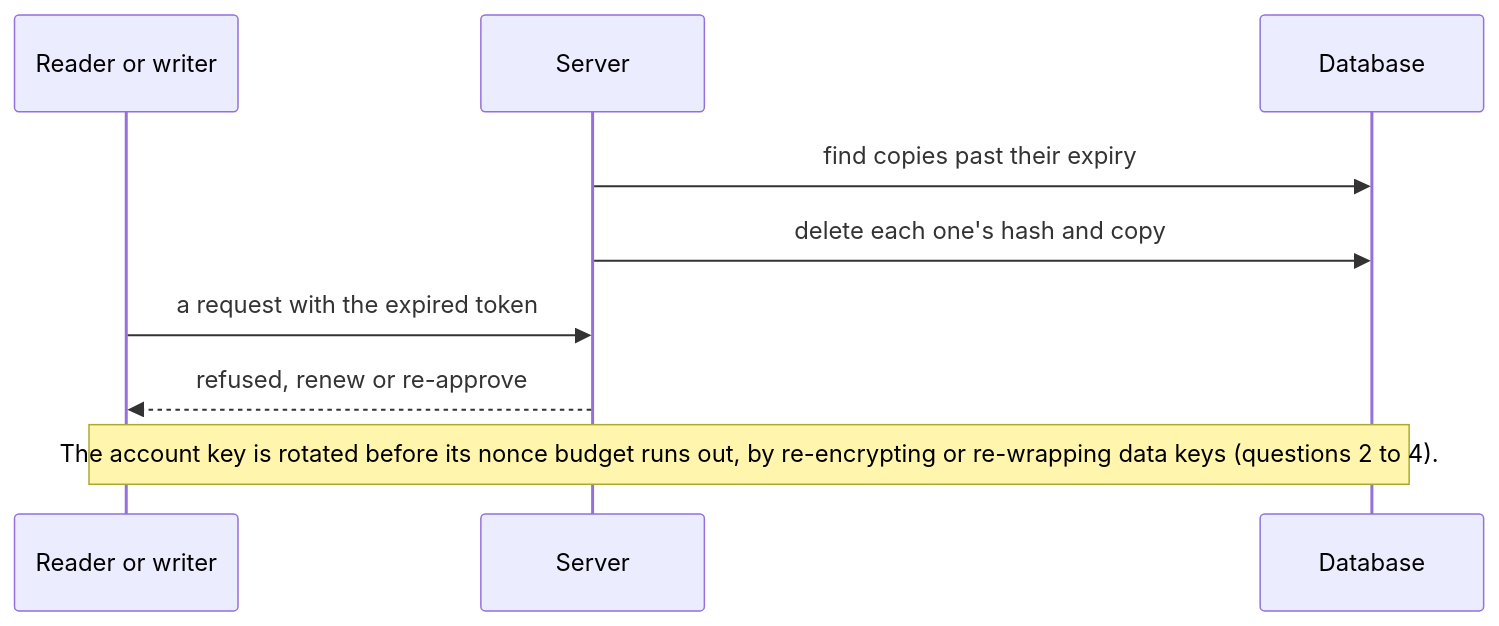
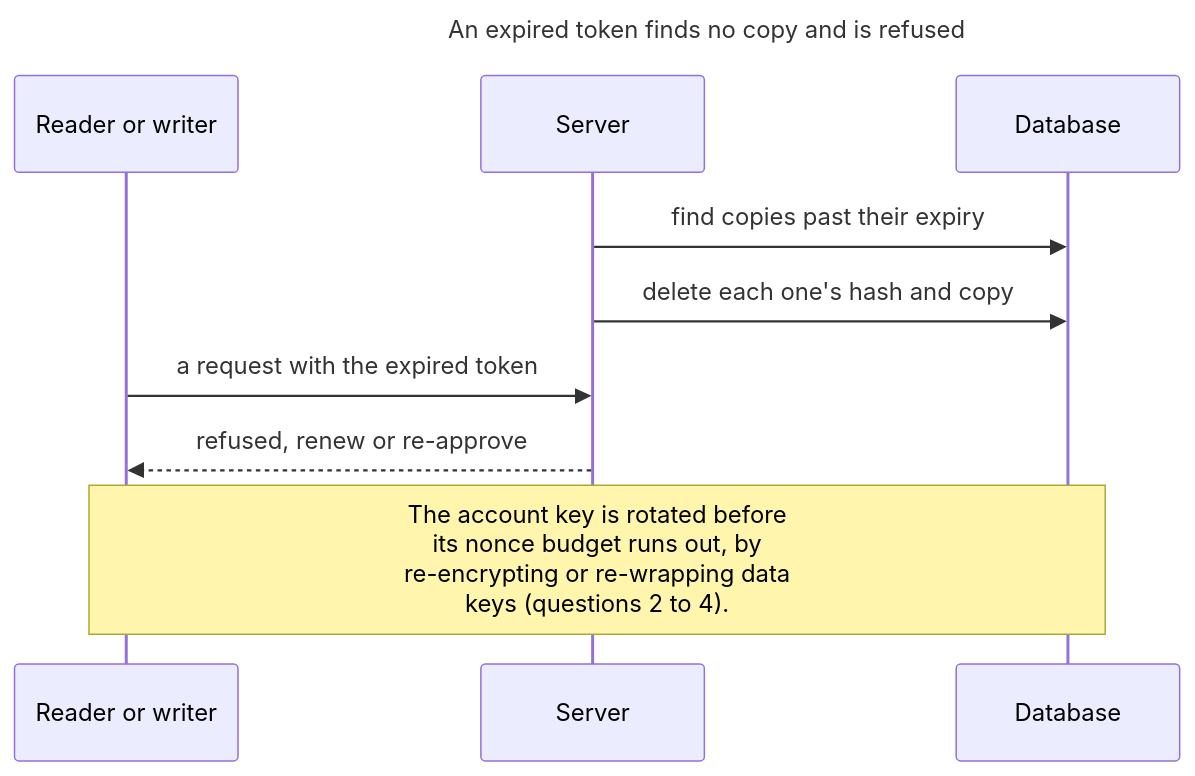
One commit to ajs-consult-llc/mirror-encryption-rfc changed the diagram in diagrams/expire-3-parties.mmd. Above: the diagram before and after it, drawn with Mermaid. The commit also changed 23 other files, not shown here.

First line of the commit message:
Diagrams that read: titles, short lines, vertical layouts

```diff
--- a/diagrams/expire-3-parties.mmd
+++ b/diagrams/expire-3-parties.mmd
@@ -1,11 +1,14 @@
+---
+title: "An expired token finds no copy and is refused"
+---
 sequenceDiagram
   accTitle: An expired token finds no copy and is refused
   accDescr: Expire. The server finds copies past their expiry in the database and deletes each one's hash and copy. When a reader or writer then sends a request with the expired token, the server refuses it, and the holder must renew or be approved again. The account key itself is rotated before its nonce budget runs out, by re-encrypting or by re-wrapping data keys (questions 2 to 4).
   participant R as Reader or writer
   participant S as Server
   participant DB as Database
   S->>DB: find copies past their expiry
   S->>DB: delete each one's hash and copy
   R->>S: a request with the expired token
   S-->>R: refused, renew or re-approve
-  Note over R,DB: The account key is rotated before its nonce budget runs out, by re-encrypting or re-wrapping data keys (questions 2 to 4).
+  Note over R,DB: The account key is rotated before<br/>its nonce budget runs out, by<br/>re-encrypting or re-wrapping data<br/>keys (questions 2 to 4).
```
